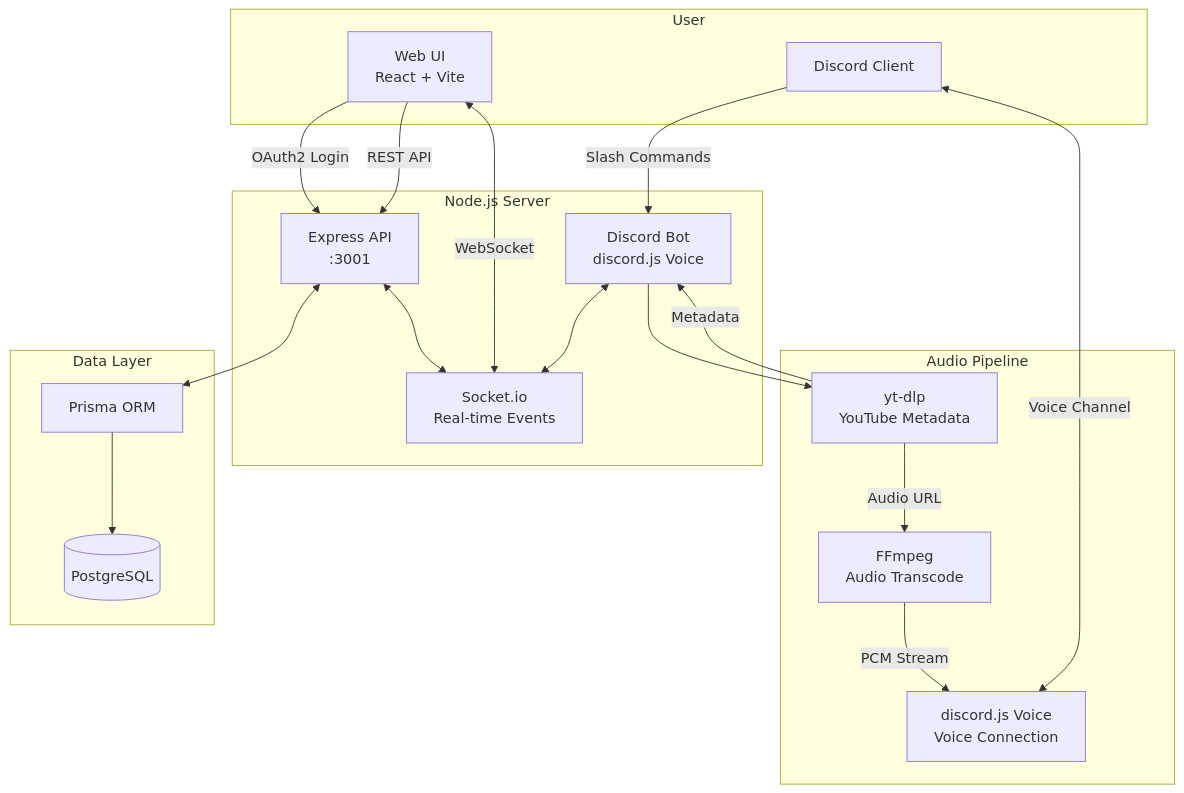
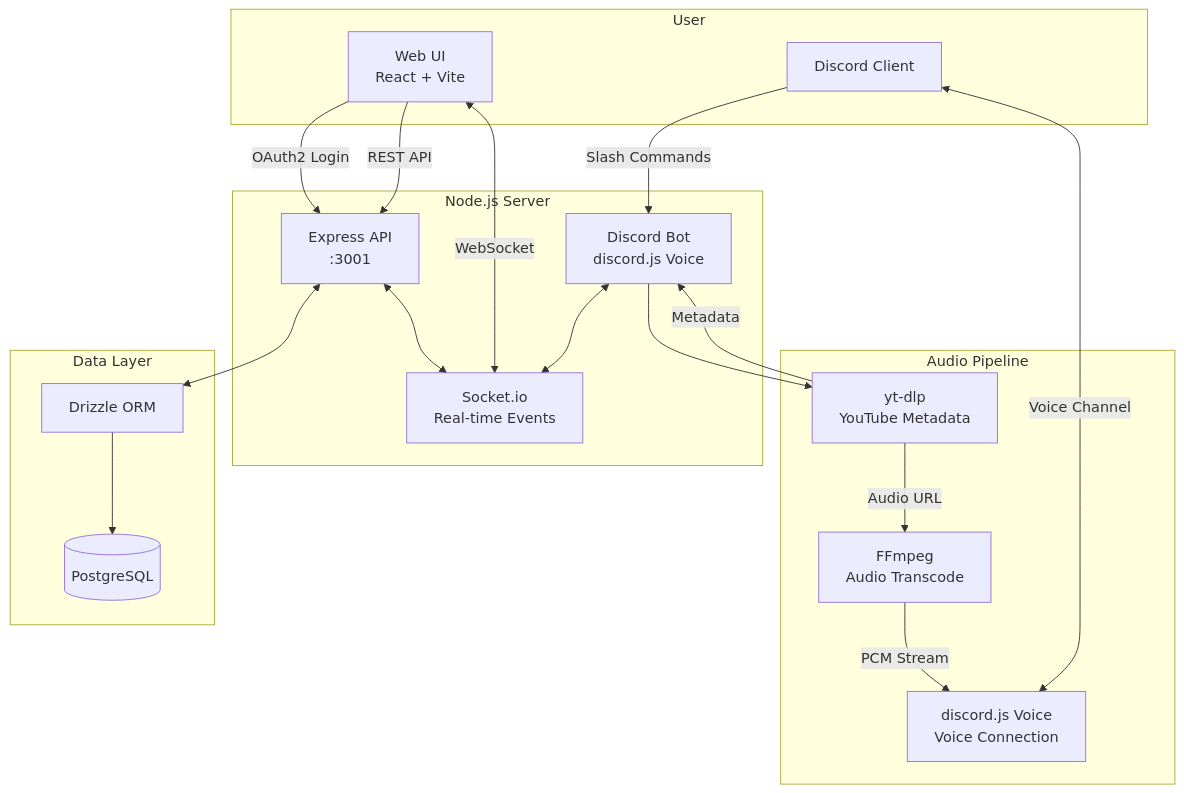
The diagram in docs/tech-stack.md (ebears/alfira-bot), drawn with Mermaid before and after one commit. The commit also changed other lines of this file and 10 other files, not shown here.

First line of the commit message:
docs: update all Prisma references to Drizzle ORM

````diff
--- a/docs/tech-stack.md
+++ b/docs/tech-stack.md
@@ -19,45 +19,45 @@
 ```mermaid
 flowchart TB
     subgraph User
         WEB[Web UI<br/>React + Vite]
         DISC[Discord Client]
     end
 
     subgraph Server["Node.js Server"]
         API[Express API<br/>:3001]
         BOT[Discord Bot<br/>discord.js Voice]
         SOCKET[Socket.io<br/>Real-time Events]
     end
 
     subgraph Audio["Audio Pipeline"]
         YTDLP[yt-dlp<br/>YouTube Metadata]
         FF[FFmpeg<br/>Audio Transcode]
         VOICE[discord.js Voice<br/>Voice Connection]
     end
 
     subgraph Data["Data Layer"]
-        PRISMA[Prisma ORM]
+        DRIZZLE[Drizzle ORM]
         PG[(PostgreSQL)]
     end
 
     %% User interactions
     WEB -->|OAuth2 Login| API
     WEB -->|REST API| API
     WEB <-->|WebSocket| SOCKET
     DISC -->|Slash Commands| BOT
     DISC <-->|Voice Channel| VOICE
 
     %% Server internal
-    API <--> PRISMA
+    API <--> DRIZZLE
     BOT <--> SOCKET
     API <--> SOCKET
 
     %% Audio pipeline
     YTDLP -->|Metadata| BOT
     YTDLP -->|Audio URL| FF
     FF -->|PCM Stream| VOICE
     BOT --> YTDLP
 
     %% Database
-    PRISMA --> PG
+    DRIZZLE --> PG
 ```
````
